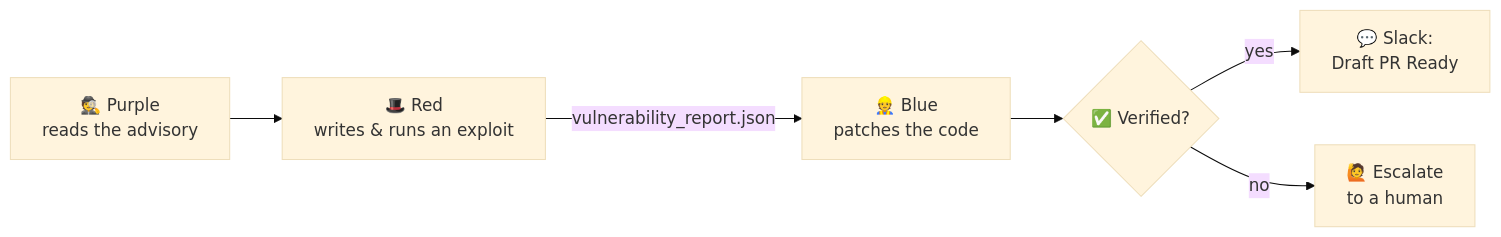
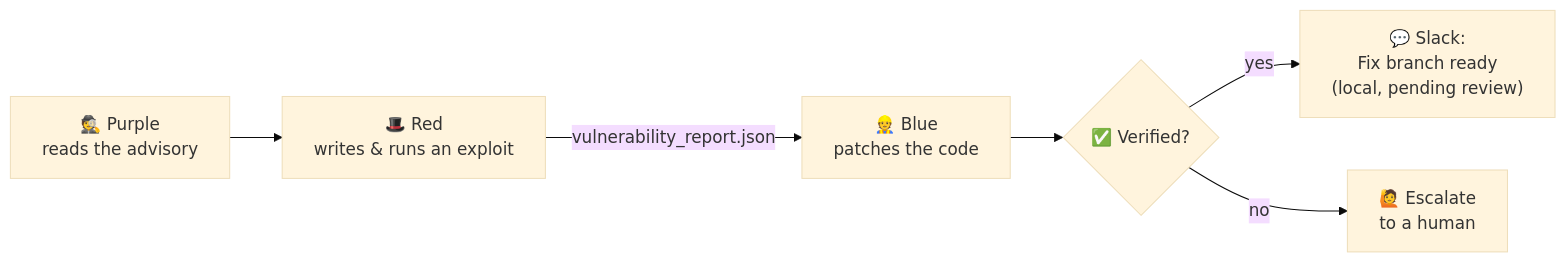
The first of 6 diagrams in README.md (djang-c/WreckLess-Cyber-Security), drawn with Mermaid (base theme) before and after one commit. The commit also changed other lines of this file and 21 other files, not shown here.

````diff
--- a/README.md
+++ b/README.md
@@ -33,8 +33,8 @@
 ```mermaid
 flowchart LR
     A["🕵️ Purple<br/>reads the advisory"] --> B["🎩 Red<br/>writes & runs an exploit"]
     B -->|"vulnerability_report.json"| C["👷 Blue<br/>patches the code"]
     C --> D{"✅ Verified?"}
-    D -->|yes| E["💬 Slack:<br/>Draft PR Ready"]
+    D -->|yes| E["💬 Slack:<br/>Fix branch ready<br/>(local, pending review)"]
     D -->|no| F["🙋 Escalate<br/>to a human"]
 ```
````
